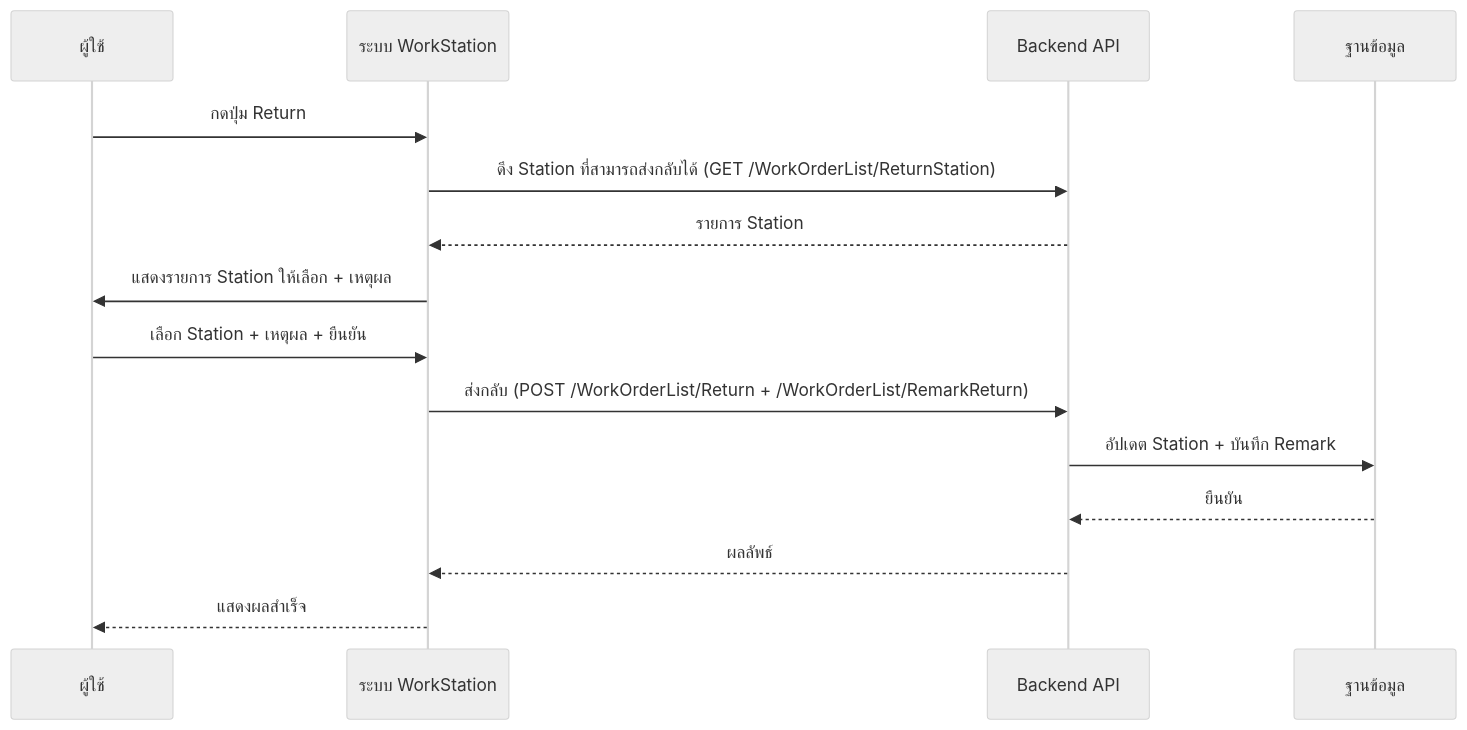
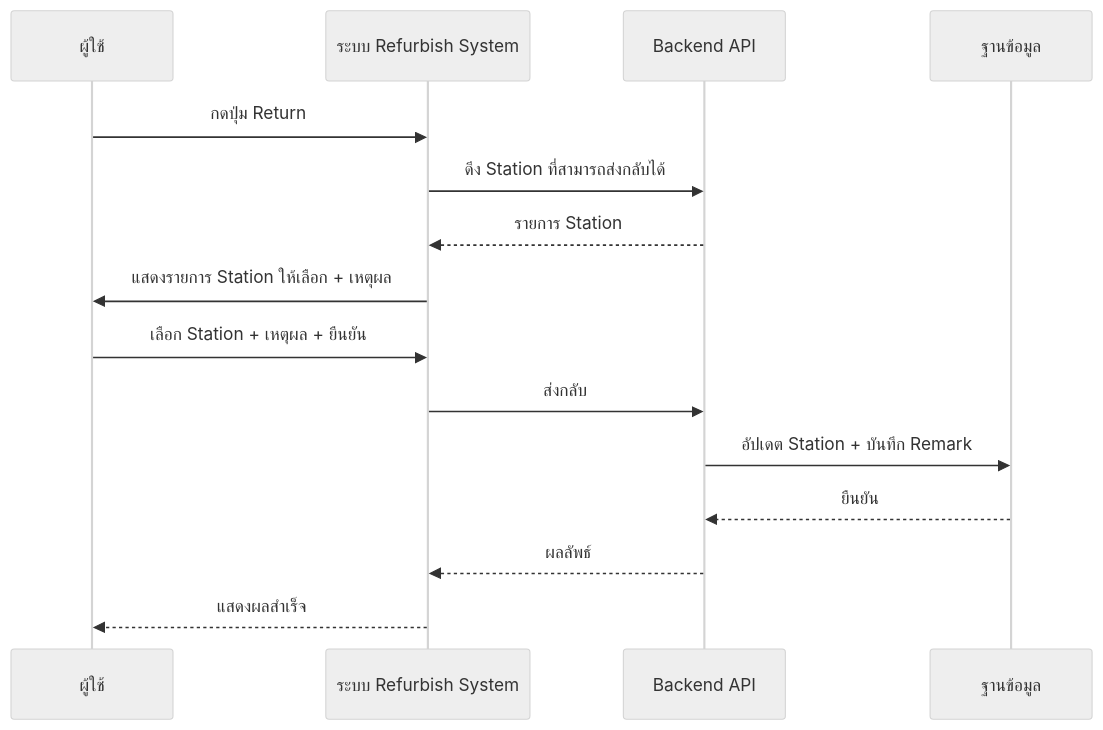
One commit to akkdach/pro-iot-mobile changed the fifth of 8 diagrams in docs/WorkStation_SequenceDiagram.md. Above: the diagram before and after it, drawn with Mermaid (neutral theme). The commit also changed other lines of this file and 10 other files, not shown here.

````diff
--- a/docs/WorkStation_SequenceDiagram.md
+++ b/docs/WorkStation_SequenceDiagram.md
@@ -90,18 +90,18 @@
 ```mermaid
 sequenceDiagram
     participant U as ผู้ใช้
-    participant WS as ระบบ WorkStation
+    participant WS as ระบบ Refurbish System
     participant API as Backend API
     participant DB as ฐานข้อมูล
 
     U->>WS: กดปุ่ม Return
-    WS->>API: ดึง Station ที่สามารถส่งกลับได้ (GET /WorkOrderList/ReturnStation)
+    WS->>API: ดึง Station ที่สามารถส่งกลับได้
     API-->>WS: รายการ Station
     WS->>U: แสดงรายการ Station ให้เลือก + เหตุผล
     U->>WS: เลือก Station + เหตุผล + ยืนยัน
-    WS->>API: ส่งกลับ (POST /WorkOrderList/Return + /WorkOrderList/RemarkReturn)
+    WS->>API: ส่งกลับ
     API->>DB: อัปเดต Station + บันทึก Remark
     DB-->>API: ยืนยัน
     API-->>WS: ผลลัพธ์
     WS-->>U: แสดงผลสำเร็จ
 ```
````
